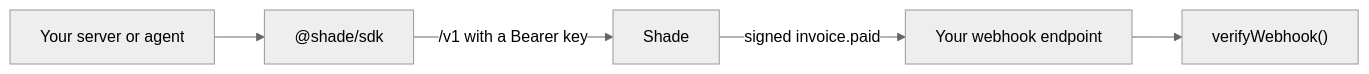
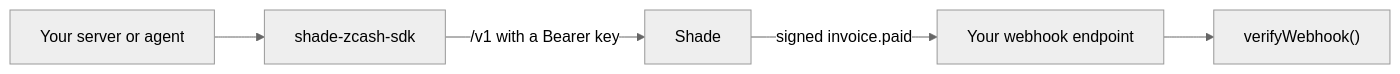
The sixth of 7 diagrams in README.md (billi-x4/Shade), drawn with Mermaid (neutral theme) before and after one commit. The commit also changed other lines of this file and 14 other files, not shown here.

First line of the commit message:
chore(sdk): publish the SDK on npm as shade-zcash-sdk

````diff
--- a/README.md
+++ b/README.md
@@ -101,7 +101,7 @@
 ```mermaid
 flowchart LR
-  Code["Your server or agent"] --> SDK["@shade/sdk"]
+  Code["Your server or agent"] --> SDK["shade-zcash-sdk"]
   SDK -->|"/v1 with a Bearer key"| Shade
   Shade -->|"signed invoice.paid"| Hook["Your webhook endpoint"]
   Hook --> Verify["verifyWebhook()"]
 ```
````
